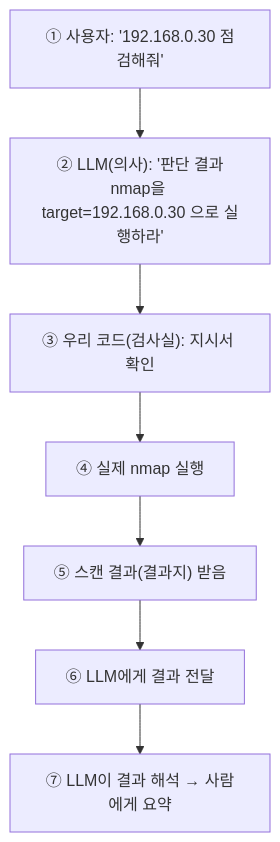
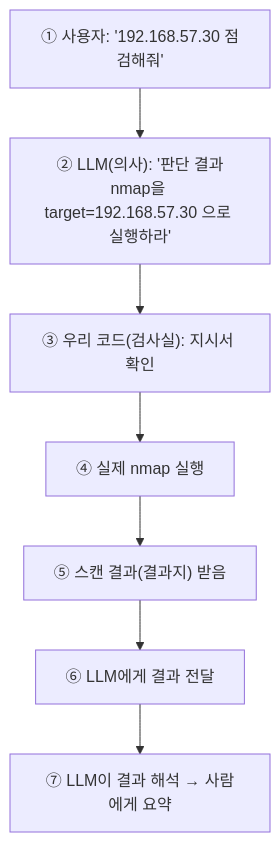
The diagram in _posts/1.응용강의/aiwebsec/2026-06-10-aiwebsec-08-tool-calling-nmap.md (sbaek100/sbaek100.github.io), drawn with Mermaid before and after one commit. The commit also changed other lines of this file and 518 other files, not shown here.

````diff
--- a/_posts/1.응용강의/aiwebsec/2026-06-10-aiwebsec-08-tool-calling-nmap.md
+++ b/_posts/1.응용강의/aiwebsec/2026-06-10-aiwebsec-08-tool-calling-nmap.md
@@ -58,9 +58,9 @@
 ```mermaid
 graph TD
-    U["① 사용자: '192.168.0.30 점검해줘'"] --> L["② LLM(의사): '판단 결과<br/>nmap을 target=192.168.0.30 으로 실행하라'"]
+    U["① 사용자: '192.168.57.30 점검해줘'"] --> L["② LLM(의사): '판단 결과<br/>nmap을 target=192.168.57.30 으로 실행하라'"]
     L --> P["③ 우리 코드(검사실): 지시서 확인"]
     P --> N["④ 실제 nmap 실행"]
     N --> P2["⑤ 스캔 결과(결과지) 받음"]
     P2 --> L2["⑥ LLM에게 결과 전달"]
     L2 --> A["⑦ LLM이 결과 해석 → 사람에게 요약"]
 ```
````
